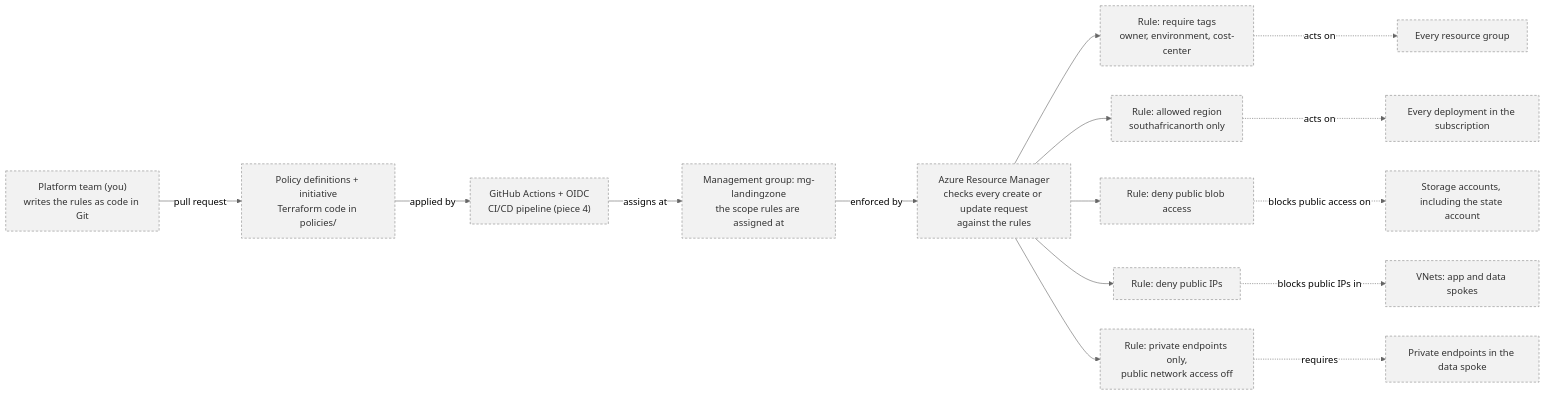
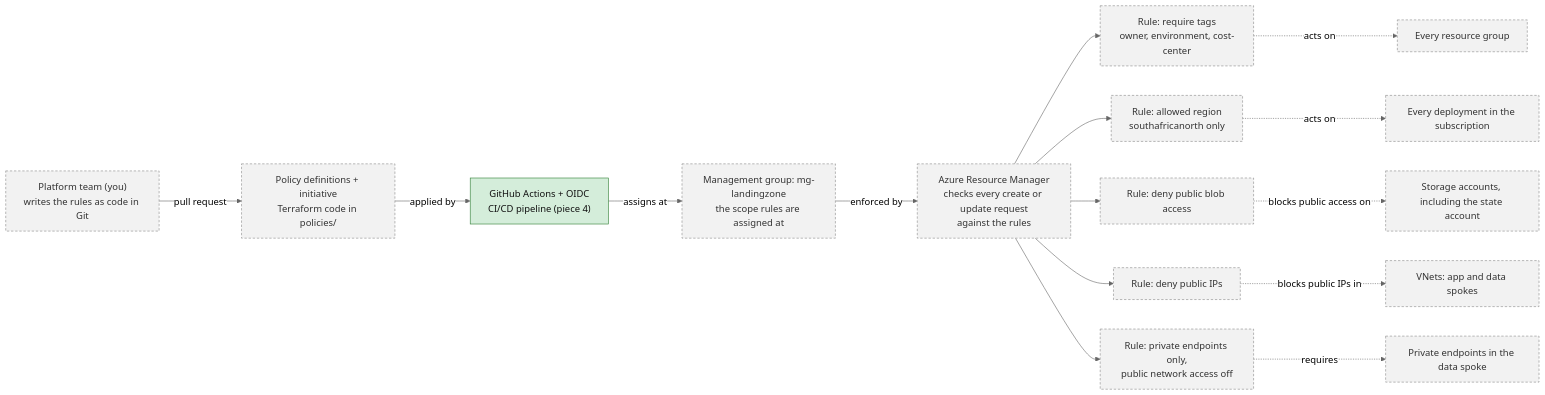
One commit to sharifndlovu123/regulated-landing-zone changed the second of 5 diagrams in README.md. Above: the diagram before and after it, drawn with Mermaid (neutral theme). The commit also changed other lines of this file and 1 other file, not shown here.

Commit message:
Mark piece 4 deployed, log Dependabot limitation

````diff
--- a/README.md
+++ b/README.md
@@ -79,35 +79,36 @@
 ```mermaid
 flowchart LR
   TEAM["Platform team (you)<br/>writes the rules as code in Git"]:::planned
   DEFN["Policy definitions + initiative<br/>Terraform code in policies/"]:::planned
-  GH["GitHub Actions + OIDC<br/>CI/CD pipeline (piece 4)"]:::planned
+  GH["GitHub Actions + OIDC<br/>CI/CD pipeline (piece 4)"]:::deployed
   MG["Management group: mg-landingzone<br/>the scope rules are assigned at"]:::planned
   ARM["Azure Resource Manager<br/>checks every create or update request<br/>against the rules"]:::planned
 
   TEAM -->|"pull request"| DEFN
   DEFN -->|"applied by"| GH
   GH -->|"assigns at"| MG
   MG -->|"enforced by"| ARM
 
   R1["Rule: require tags<br/>owner, environment, cost-center"]:::planned
   R2["Rule: allowed region<br/>southafricanorth only"]:::planned
   R3["Rule: deny public blob access"]:::planned
   R4["Rule: deny public IPs"]:::planned
   R5["Rule: private endpoints only,<br/>public network access off"]:::planned
 
   ARM --> R1 & R2 & R3 & R4 & R5
 
   T1["Every resource group"]:::planned
   T2["Every deployment in the subscription"]:::planned
   T3["Storage accounts, including the state account"]:::planned
   T4["VNets: app and data spokes"]:::planned
   T5["Private endpoints in the data spoke"]:::planned
 
   R1 -.->|"acts on"| T1
   R2 -.->|"acts on"| T2
   R3 -.->|"blocks public access on"| T3
   R4 -.->|"blocks public IPs in"| T4
   R5 -.->|"requires"| T5
 
+  classDef deployed fill:#d4edda,stroke:#2e7d32,color:#111
   classDef planned fill:#f2f2f2,stroke:#888,stroke-dasharray:4 3,color:#333
 ```
````
